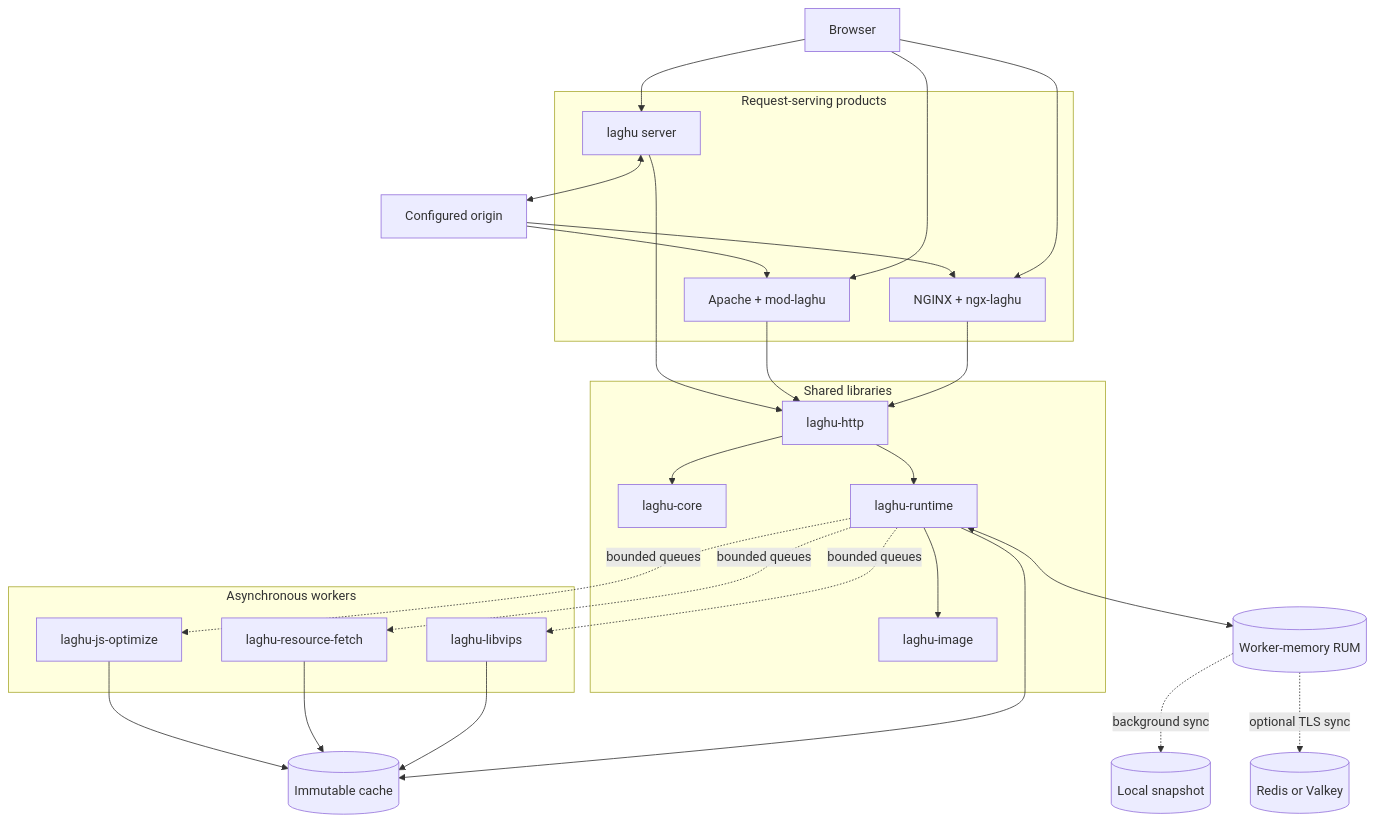
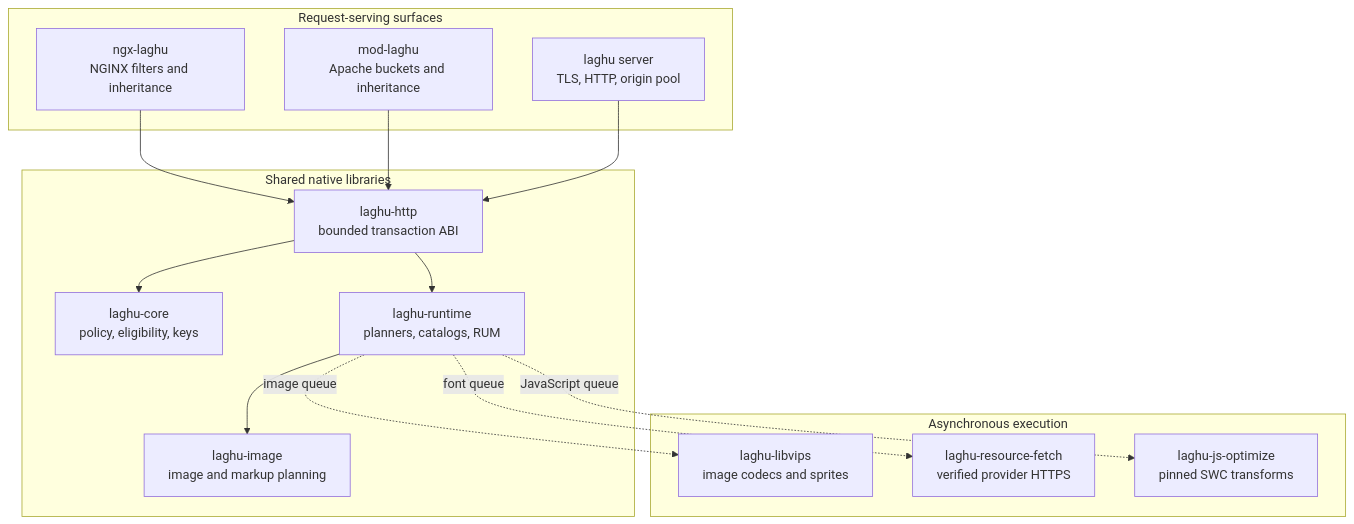
One commit to Code-Vedas/laghu changed the second of 3 diagrams in docs/pages/02-architecture.md. Above: the diagram before and after it, drawn with Mermaid. The commit also changed other lines of this file and 37 other files, not shown here.

First line of the commit message:
Add comprehensive documentation for ngx-laghu and mod-laghu

````diff
--- a/docs/pages/02-architecture.md
+++ b/docs/pages/02-architecture.md
@@ -11,39 +51,31 @@
 ```mermaid
 flowchart TB
-  browser[Browser]
-  origin[Configured origin]
-  subgraph surfaces[Request-serving products]
-    nginx[NGINX + ngx-laghu]
-    apache[Apache + mod-laghu]
-    proxy[laghu server]
+  subgraph surfaces[Request-serving surfaces]
+    nginx[ngx-laghu<br/>NGINX filters and inheritance]
+    apache[mod-laghu<br/>Apache buckets and inheritance]
+    proxy[laghu server<br/>TLS, HTTP, origin pool]
   end
-  browser --> nginx
-  browser --> apache
-  browser --> proxy
-  origin --> nginx
-  origin --> apache
-  proxy <--> origin
-  nginx --> http[laghu-http]
+
+  subgraph libraries[Shared native libraries]
+    http[laghu-http<br/>bounded transaction ABI]
+    core[laghu-core<br/>policy, eligibility, keys]
+    runtime[laghu-runtime<br/>planners, catalogs, RUM]
+    image[laghu-image<br/>image and markup planning]
+  end
+
+  subgraph async[Asynchronous execution]
+    vips[laghu-libvips<br/>image codecs and sprites]
+    fetch[laghu-resource-fetch<br/>verified provider HTTPS]
+    swc[laghu-js-optimize<br/>pinned SWC transforms]
+  end
+
+  nginx --> http
   apache --> http
   proxy --> http
-  subgraph libraries[Shared libraries]
-    http --> core[laghu-core]
-    http --> runtime[laghu-runtime]
-    runtime --> image[laghu-image]
-  end
-  subgraph workers[Asynchronous workers]
-    vips[laghu-libvips]
-    fonts[laghu-resource-fetch]
-    js[laghu-js-optimize]
-  end
-  runtime -. bounded queues .-> vips
-  runtime -. bounded queues .-> fonts
-  runtime -. bounded queues .-> js
-  runtime --> cache[(Immutable cache)]
-  vips --> cache
-  fonts --> cache
-  js --> cache
-  runtime <--> memory[(Worker-memory RUM)]
-  memory -. background sync .-> snapshot[(Local snapshot)]
-  memory -. optional TLS sync .-> redis[(Redis or Valkey)]
+  http --> core
+  http --> runtime
+  runtime --> image
+  runtime -. image queue .-> vips
+  runtime -. font queue .-> fetch
+  runtime -. JavaScript queue .-> swc
 ```
````
